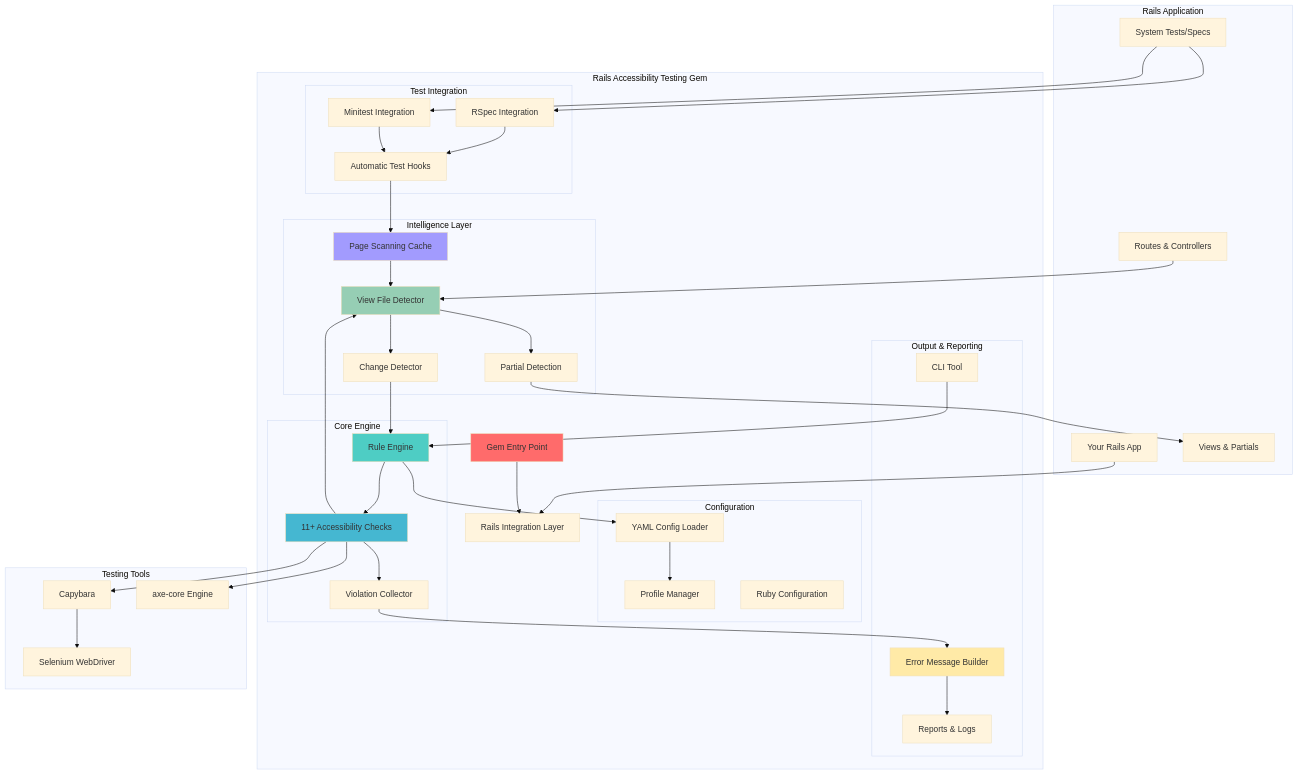
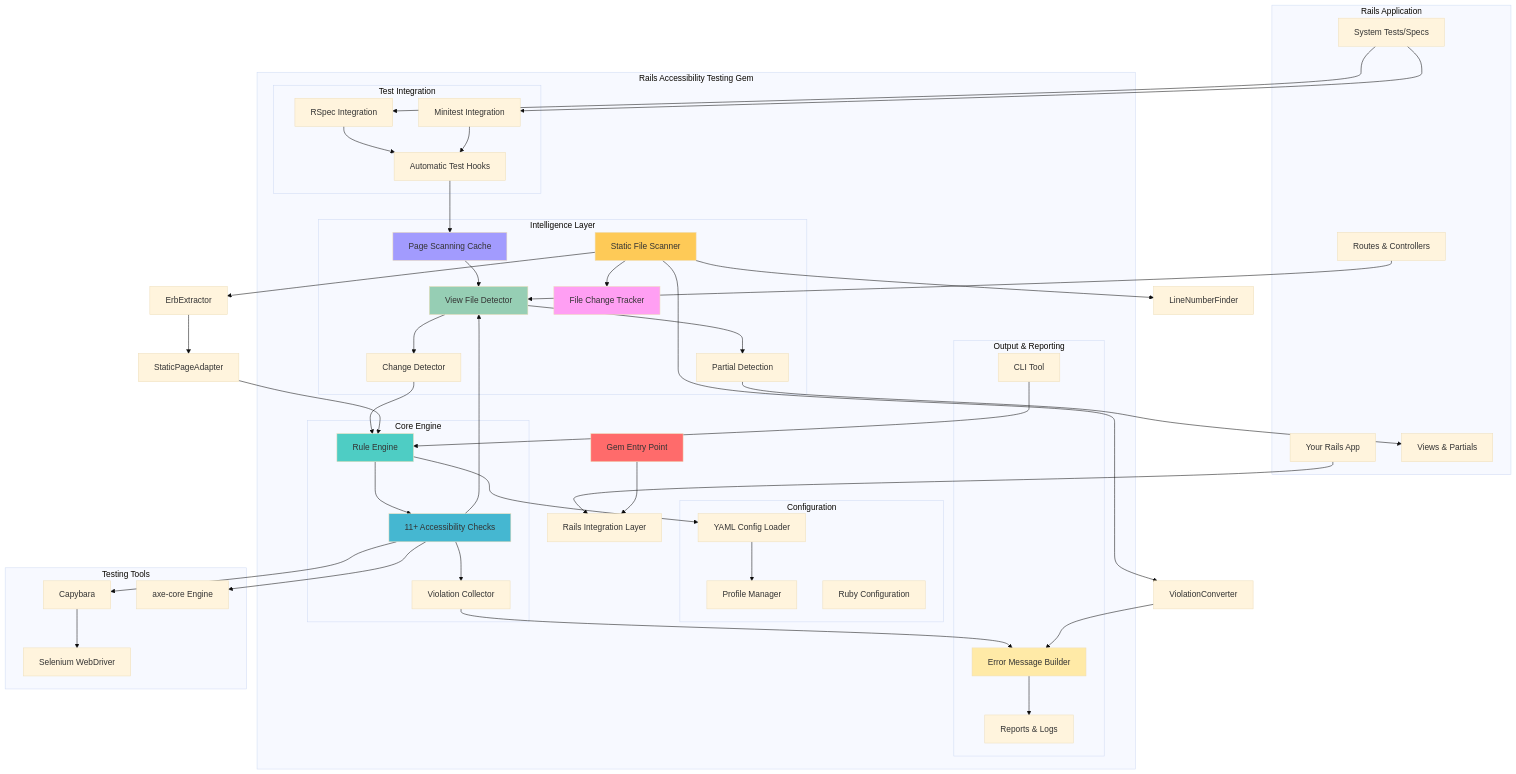
The first of 10 diagrams in docs_site/architecture.md (rayraycodes/rails-accessibility-testing), drawn with Mermaid (base theme) before and after one commit. The commit also changed other lines of this file, not shown here.

First line of the commit message:
docs: Update docs site architecture page with static scanner

````diff
--- a/docs_site/architecture.md
+++ b/docs_site/architecture.md
@@ -43,6 +43,8 @@
             PartialDetector[Partial Detection]
             ChangeDetector[Change Detector]
             Cache[Page Scanning Cache]
+            StaticScanner[Static File Scanner]
+            FileChangeTracker[File Change Tracker]
         end
         
         subgraph "Configuration"
@@ -91,10 +93,20 @@
     CLI --> RuleEngine
     Routes --> ViewDetector
     
+    StaticScanner --> FileChangeTracker
+    StaticScanner --> ErbExtractor[ErbExtractor]
+    ErbExtractor --> StaticAdapter[StaticPageAdapter]
+    StaticAdapter --> RuleEngine
+    StaticScanner --> LineFinder[LineNumberFinder]
+    StaticScanner --> ViolationConverter[ViolationConverter]
+    ViolationConverter --> ErrorBuilder
+    
     style Entry fill:#ff6b6b
     style RuleEngine fill:#4ecdc4
     style Checks fill:#45b7d1
     style ViewDetector fill:#96ceb4
     style ErrorBuilder fill:#ffeaa7
     style Cache fill:#a29bfe
+    style StaticScanner fill:#feca57
+    style FileChangeTracker fill:#ff9ff3
 ```
````
